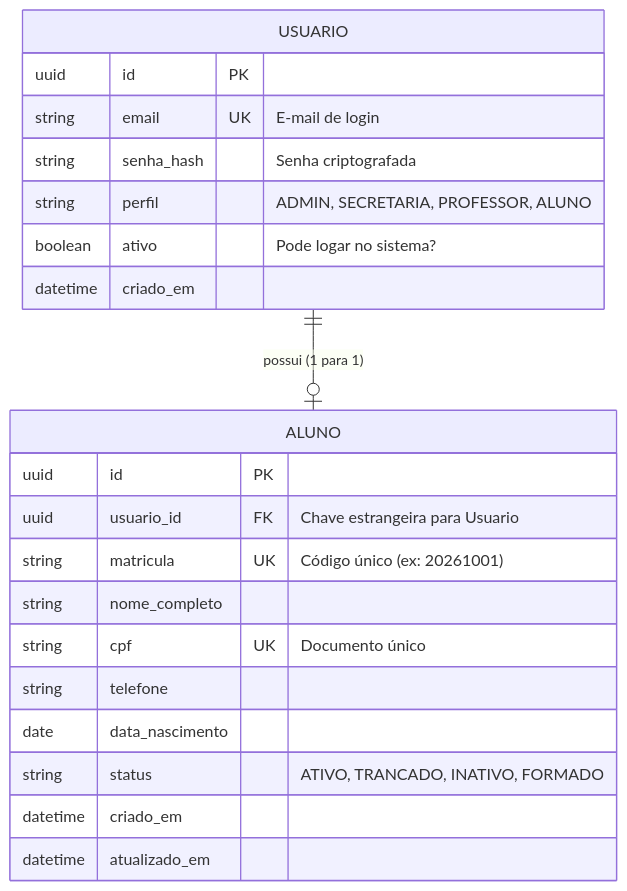
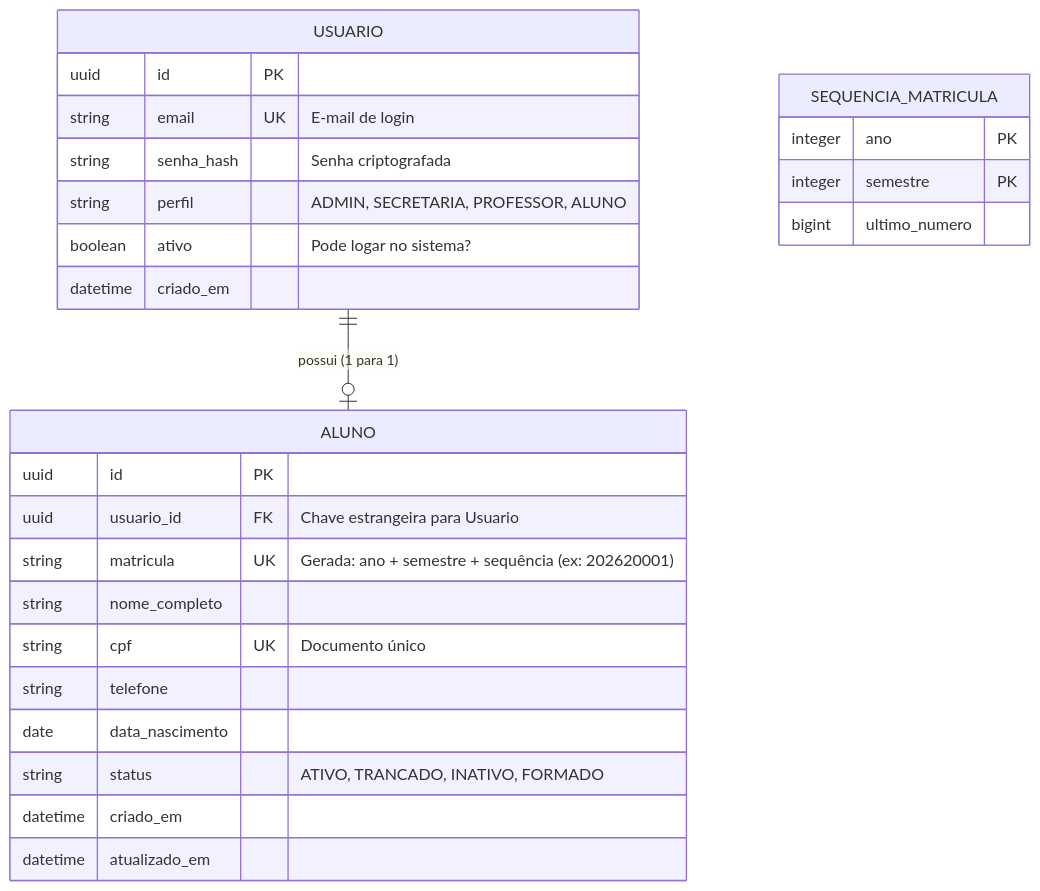
Before and after one commit to lucianosouza07/gl4-sga-edu: the second of 4 diagrams in docs/arquitetura_cadastro_alunos.md, drawn with Mermaid. The commit also changed other lines of this file and 15 other files, not shown here.

````diff
--- a/docs/arquitetura_cadastro_alunos.md
+++ b/docs/arquitetura_cadastro_alunos.md
@@ -101,26 +101,32 @@
 ```mermaid
 erDiagram
     USUARIO ||--o| ALUNO : "possui (1 para 1)"
     
     USUARIO {
         uuid id PK
         string email UK "E-mail de login"
         string senha_hash "Senha criptografada"
         string perfil "ADMIN, SECRETARIA, PROFESSOR, ALUNO"
         boolean ativo "Pode logar no sistema?"
         datetime criado_em
     }
 
     ALUNO {
         uuid id PK
         uuid usuario_id FK "Chave estrangeira para Usuario"
-        string matricula UK "Código único (ex: 20261001)"
+        string matricula UK "Gerada: ano + semestre + sequência (ex: 202620001)"
         string nome_completo
         string cpf UK "Documento único"
         string telefone
         date data_nascimento
         string status "ATIVO, TRANCADO, INATIVO, FORMADO"
         datetime criado_em
         datetime atualizado_em
     }
+
+    SEQUENCIA_MATRICULA {
+        integer ano PK
+        integer semestre PK
+        bigint ultimo_numero
+    }
 ```
````
